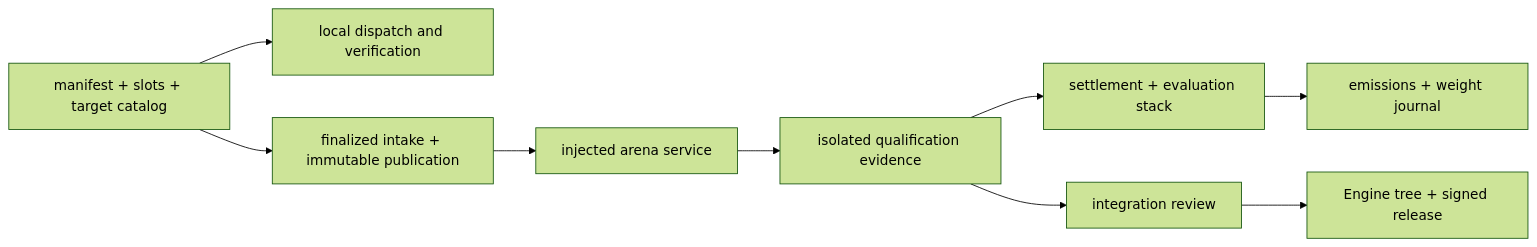
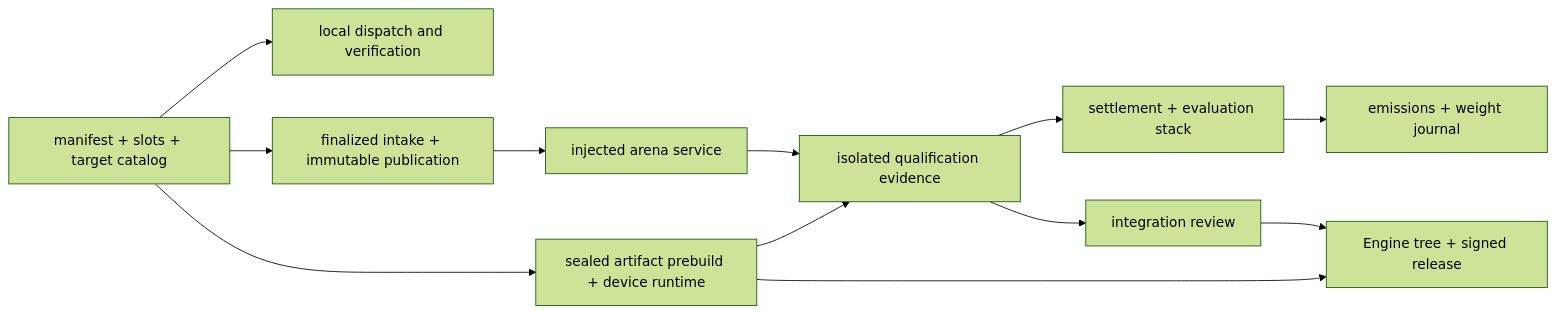
One commit to latent-to/cacheon-frontend changed the diagram in content/docs/reference/codebase-map.mdx. Above: the diagram before and after it, drawn with Mermaid (forest theme). The commit also changed other lines of this file and 48 other files, not shown here.

Commit message:
architecture alignment

````diff
--- a/content/docs/reference/codebase-map.mdx
+++ b/content/docs/reference/codebase-map.mdx
@@ -15,11 +15,14 @@
 ```mermaid
 flowchart LR
     M["manifest + slots + target catalog"] --> D["local dispatch and verification"]
+    M --> N["sealed artifact prebuild + device runtime"]
     M --> I["finalized intake + immutable publication"]
     I --> A["injected arena service"]
     A --> Q["isolated qualification evidence"]
     Q --> S["settlement + evaluation stack"]
     S --> W["emissions + weight journal"]
     Q --> R["integration review"]
     R --> E["Engine tree + signed release"]
+    N --> Q
+    N --> E
 ```
````
